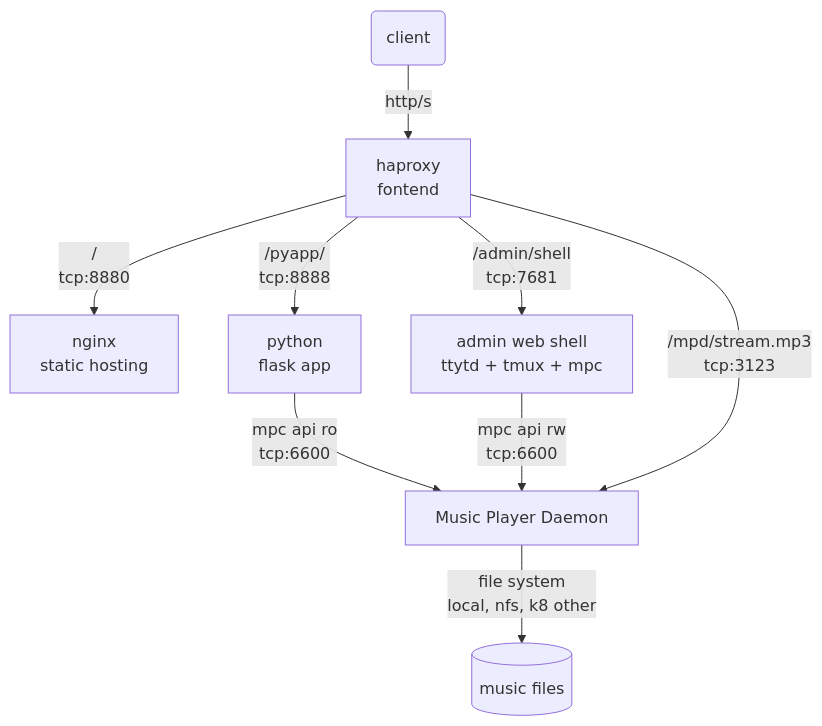
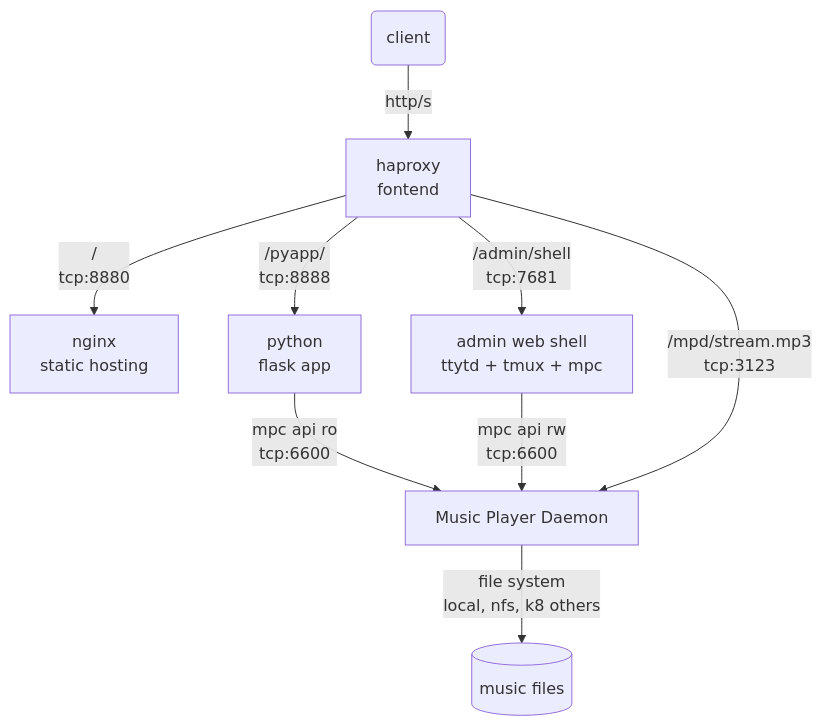
One commit to craig-m/mpcontainer changed the diagram in docs/mpcontainer.mermaid. Above: the diagram before and after it, drawn with Mermaid.

```diff
--- a/docs/mpcontainer.mermaid
+++ b/docs/mpcontainer.mermaid
@@ -1,9 +1,9 @@
 graph TD
     A(client) -->|http/s| C[haproxy<br>fontend]
     C -->|/<br>tcp:8880| D[nginx<br>static hosting]
     C -->|/pyapp/<br>tcp:8888| E[python<br>flask app]
     E -->|mpc api ro<br>tcp:6600| G
     C -->|/admin/shell<br>tcp:7681| F[admin web shell<br>ttytd + tmux + mpc]
     F -->|mpc api rw<br>tcp:6600| G
     C -->|/mpd/stream.mp3<br>tcp:3123| G[Music Player Daemon]
-    G -->|file system<br>local, nfs, k8 other|J[(music files)]
+    G -->|file system<br>local, nfs, k8 others|J[(music files)]
```
